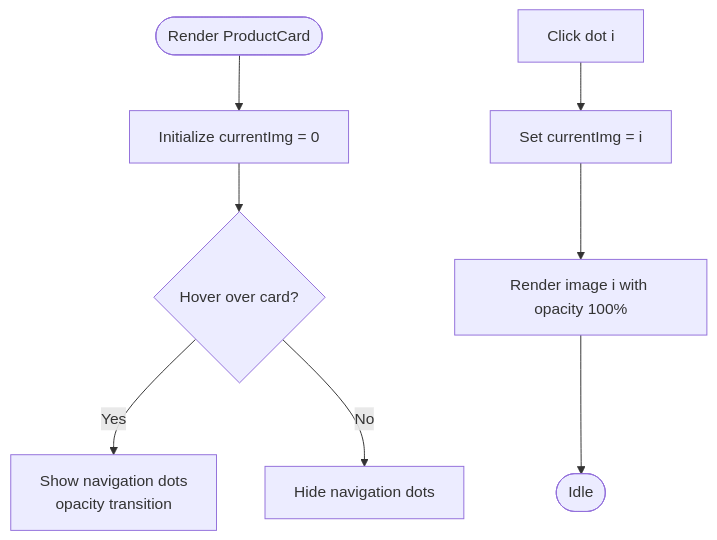
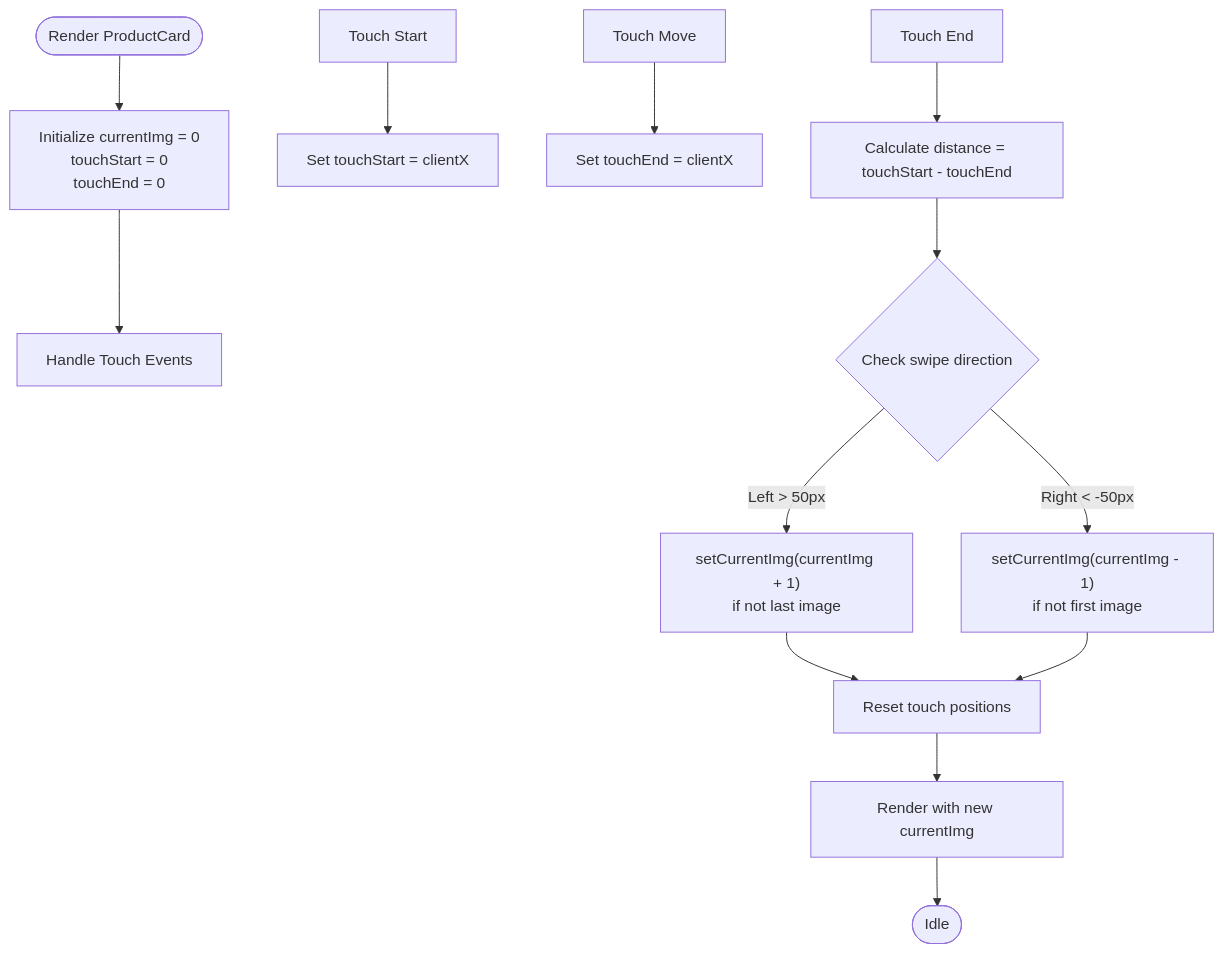
Before and after one commit to Pavan-PSPK9032/TrendsandToss: the third of 9 diagrams in .qoder/repowiki/en/content/Frontend Components & UI/Reusable UI Components.md, drawn with Mermaid. The commit also changed other lines of this file and 10 other files, not shown here.

Commit message:
Add full-screen image viewer with zoom/swipe and customer reviews system with star ratings

````diff
--- a/.qoder/repowiki/en/content/Frontend Components & UI/Reusable UI Components.md
+++ b/.qoder/repowiki/en/content/Frontend Components & UI/Reusable UI Components.md
@@ -198,10 +215,15 @@
 ```mermaid
 flowchart TD
-Start(["Render ProductCard"]) --> Init["Initialize currentImg = 0"]
-Init --> Hover{"Hover over card?"}
-Hover --> |Yes| ShowDots["Show navigation dots<br/>opacity transition"]
-Hover --> |No| HideDots["Hide navigation dots"]
-DotsClick["Click dot i"] --> SetImg["Set currentImg = i"]
-SetImg --> RenderImg["Render image i with opacity 100%"]
-RenderImg --> End(["Idle"])
+Start(["Render ProductCard"]) --> Init["Initialize currentImg = 0<br/>touchStart = 0<br/>touchEnd = 0"]
+Init --> TouchEvents["Handle Touch Events"]
+TouchStart["Touch Start"] --> SetStart["Set touchStart = clientX"]
+TouchMove["Touch Move"] --> SetEnd["Set touchEnd = clientX"]
+TouchEnd["Touch End"] --> CalcDist["Calculate distance = touchStart - touchEnd"]
+CalcDist --> CheckSwipe{"Check swipe direction"}
+CheckSwipe --> |Left > 50px| NextImg["setCurrentImg(currentImg + 1)<br/>if not last image"]
+CheckSwipe --> |Right < -50px| PrevImg["setCurrentImg(currentImg - 1)<br/>if not first image"]
+NextImg --> Reset["Reset touch positions"]
+PrevImg --> Reset
+Reset --> Render["Render with new currentImg"]
+Render --> End(["Idle"])
 ```
````
